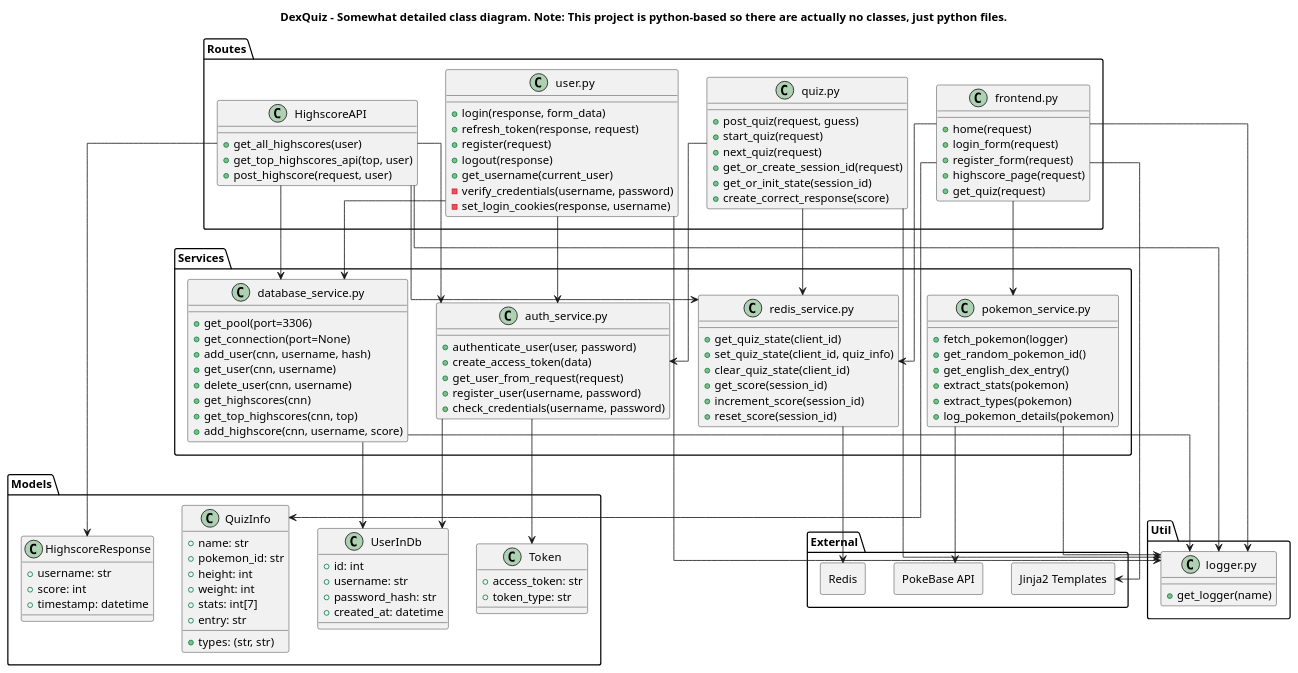
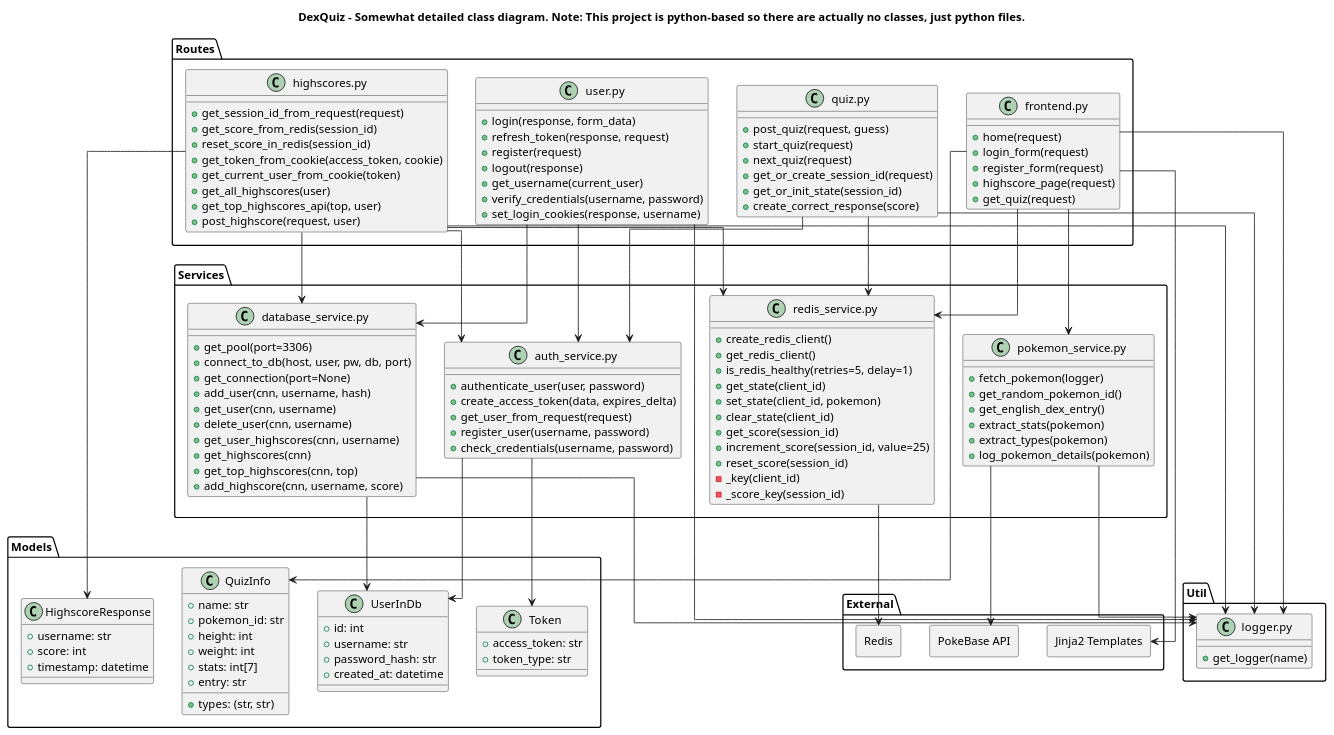
Before and after one commit to Digestey/lw-sqs-ss25: the diagram in docs/source/arc42/images/detailed_class_diagram.puml, drawn with PlantUML. The commit also changed 1 other file, not shown here.

Commit message:
Updated class diagram

```diff
--- a/docs/source/arc42/images/detailed_class_diagram.puml
+++ b/docs/source/arc42/images/detailed_class_diagram.puml
@@ -1,153 +1,165 @@
 @startuml
 allowmixing
 skinparam componentStyle rectangle
 skinparam linetype ortho
 title DexQuiz - Somewhat detailed class diagram. Note: This project is python-based so there are actually no classes, just python files.
 
 package "Models" {
     class UserInDb {
         +id: int
         +username: str
         +password_hash: str
         +created_at: datetime
     }
 
     class QuizInfo {
         +name: str
         +pokemon_id: str
         +height: int
         +weight: int
         +stats: int[7]
         +types: (str, str)
         +entry: str
     }
 
     class Token {
         +access_token: str
         +token_type: str
     }
 
     class HighscoreResponse {
         +username: str
         +score: int
         +timestamp: datetime
     }
 }
 
 package "Routes" {
     class "frontend.py" as Frontend {
         +home(request)
         +login_form(request)
         +register_form(request)
         +highscore_page(request)
         +get_quiz(request)
     }
 
     
-class HighscoreAPI {
+class "highscores.py" as HighscoreAPI {
+    +get_session_id_from_request(request)
+    +get_score_from_redis(session_id)
+    +reset_score_in_redis(session_id)
+    +get_token_from_cookie(access_token, cookie)
+    +get_current_user_from_cookie(token)
     +get_all_highscores(user)
     +get_top_highscores_api(top, user)
     +post_highscore(request, user)
 }
     class "quiz.py" as Quiz {
         +post_quiz(request, guess)
         +start_quiz(request)
         +next_quiz(request)
         +get_or_create_session_id(request)
         +get_or_init_state(session_id)
         +create_correct_response(score)
     }
 
     class "user.py" as UserAPI {
     +login(response, form_data)
     +refresh_token(response, request)
     +register(request)
     +logout(response)
     +get_username(current_user)
-    -verify_credentials(username, password)
-    -set_login_cookies(response, username)
+    +verify_credentials(username, password)
+    +set_login_cookies(response, username)
 }
 }
 
 package "Services" {
     class "auth_service.py" as AuthService {
         +authenticate_user(user, password)
-        +create_access_token(data)
+        +create_access_token(data, expires_delta)
         +get_user_from_request(request)
         +register_user(username, password)
         +check_credentials(username, password)
     }
 
     class "database_service.py" as DatabaseService {
         +get_pool(port=3306)
+        +connect_to_db(host, user, pw, db, port)
         +get_connection(port=None)
         +add_user(cnn, username, hash)
         +get_user(cnn, username)
         +delete_user(cnn, username)
+        +get_user_highscores(cnn, username)
         +get_highscores(cnn)
         +get_top_highscores(cnn, top)
         +add_highscore(cnn, username, score)
     }
 
     class "pokemon_service.py" as PokemonService {
         +fetch_pokemon(logger)
         +get_random_pokemon_id()
         +get_english_dex_entry()
         +extract_stats(pokemon)
         +extract_types(pokemon)
         +log_pokemon_details(pokemon)
     }
 
     class "redis_service.py" as RedisService {
-        +get_quiz_state(client_id)
-        +set_quiz_state(client_id, quiz_info)
-        +clear_quiz_state(client_id)
+        +create_redis_client()
+        +get_redis_client()
+        +is_redis_healthy(retries=5, delay=1)
+        +get_state(client_id)
+        +set_state(client_id, pokemon)
+        +clear_state(client_id)
         +get_score(session_id)
-        +increment_score(session_id)
+        +increment_score(session_id, value=25)
         +reset_score(session_id)
+        -_key(client_id)
+        -_score_key(session_id)
     }
 }
 
 package "Util" {
     class "logger.py" as Logger {
         +get_logger(name)
     }
 }
 
 package "External" {
     component "Jinja2 Templates"
     component "PokeBase API"
     component "Redis"
 }
 
 Frontend --> PokemonService
 Frontend --> RedisService
 Frontend --> Logger
 Frontend --> "Jinja2 Templates"
 Frontend --> QuizInfo
 
 UserAPI --> AuthService
 UserAPI --> DatabaseService
 UserAPI --> Logger
 
 HighscoreAPI --> AuthService
 HighscoreAPI --> DatabaseService
 HighscoreAPI --> Logger
 HighscoreAPI --> HighscoreResponse
 HighscoreAPI --> RedisService
 
 Quiz --> AuthService
 Quiz --> RedisService
 Quiz --> Logger
 
 AuthService --> UserInDb
 AuthService --> Token
 
 DatabaseService --> UserInDb
 DatabaseService --> Logger
 
 PokemonService --> Logger
 PokemonService --> "PokeBase API"
 
 RedisService --> "Redis"
 @enduml
```
